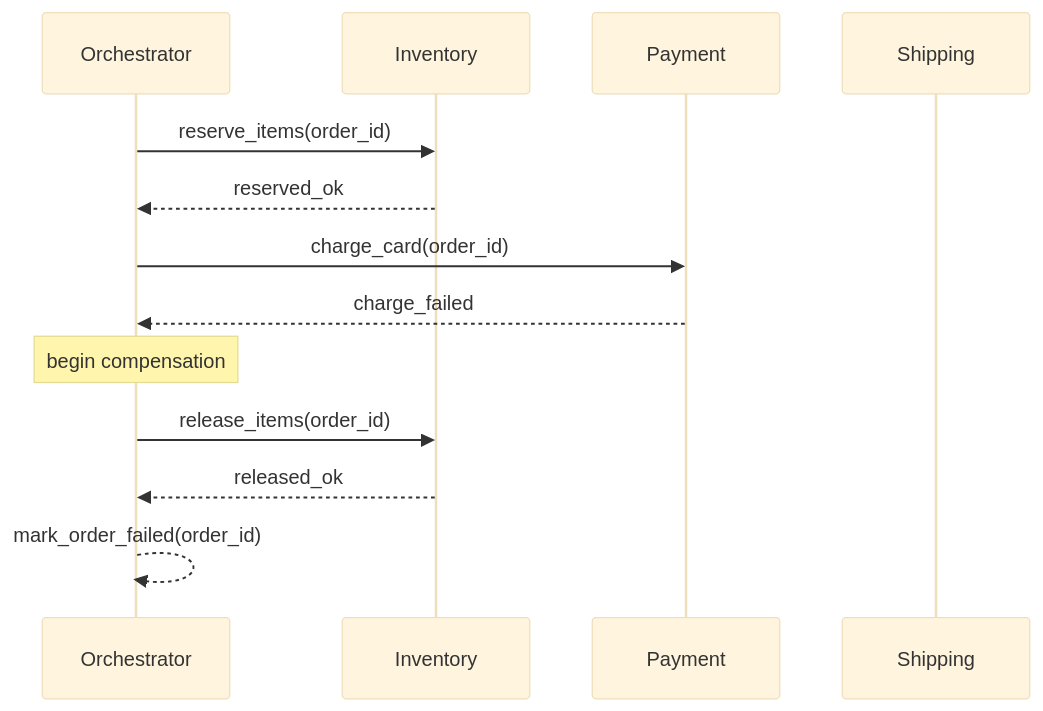
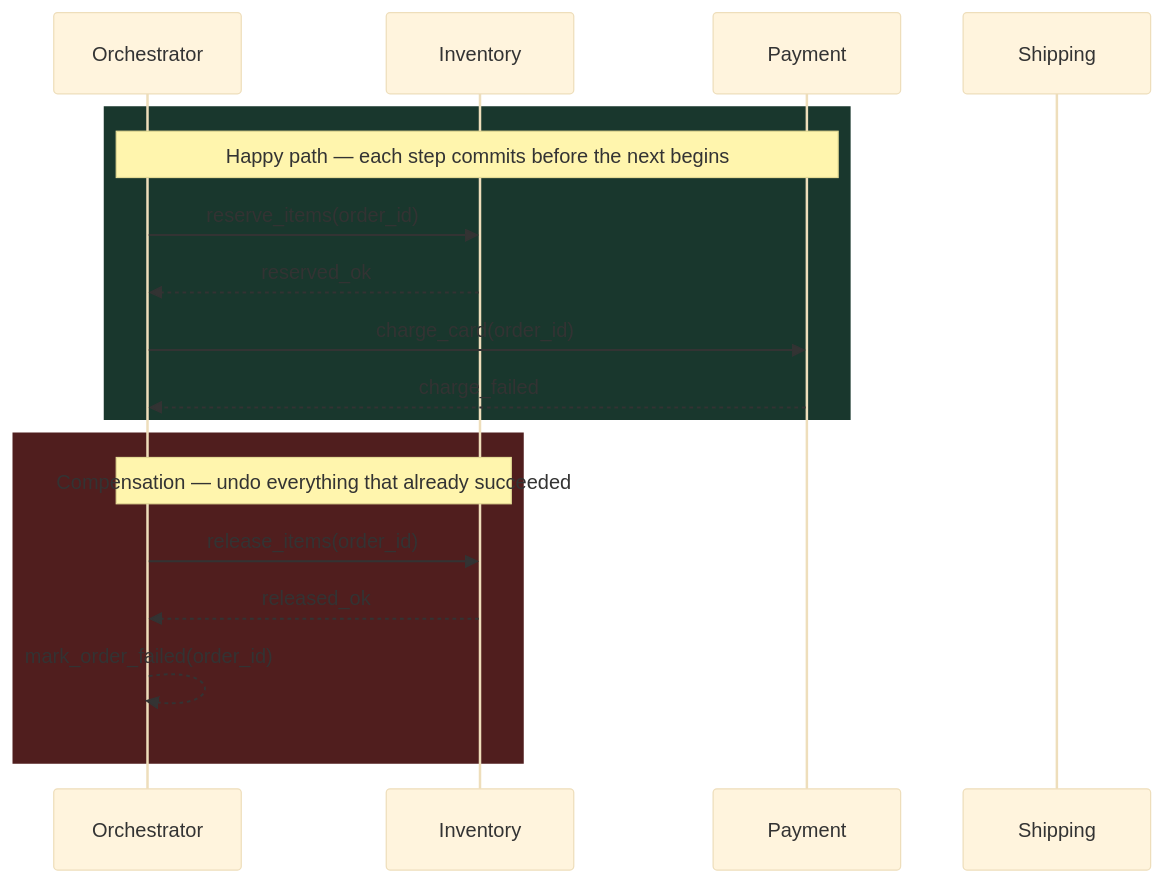
The seventh of 16 diagrams in system-design/async-patterns.md (deepanshu-rawat6/DevOpsIndex), drawn with Mermaid (base theme) before and after one commit. The commit also changed other lines of this file and 8 other files, not shown here.

````diff
--- a/system-design/async-patterns.md
+++ b/system-design/async-patterns.md
@@ -215,19 +351,22 @@
 ```mermaid
 sequenceDiagram
     participant Orchestrator
     participant Inventory
     participant Payment
     participant Shipping
 
+    rect rgb(25, 55, 45)
+    Note over Orchestrator,Payment: Happy path — each step commits before the next begins
     Orchestrator->>Inventory: reserve_items(order_id)
     Inventory-->>Orchestrator: reserved_ok
-
     Orchestrator->>Payment: charge_card(order_id)
     Payment-->>Orchestrator: charge_failed
+    end
 
-    Note over Orchestrator: begin compensation
+    rect rgb(80, 30, 30)
+    Note over Orchestrator,Inventory: Compensation — undo everything that already succeeded
     Orchestrator->>Inventory: release_items(order_id)
     Inventory-->>Orchestrator: released_ok
-
     Orchestrator-->>Orchestrator: mark_order_failed(order_id)
+    end
 ```
````
